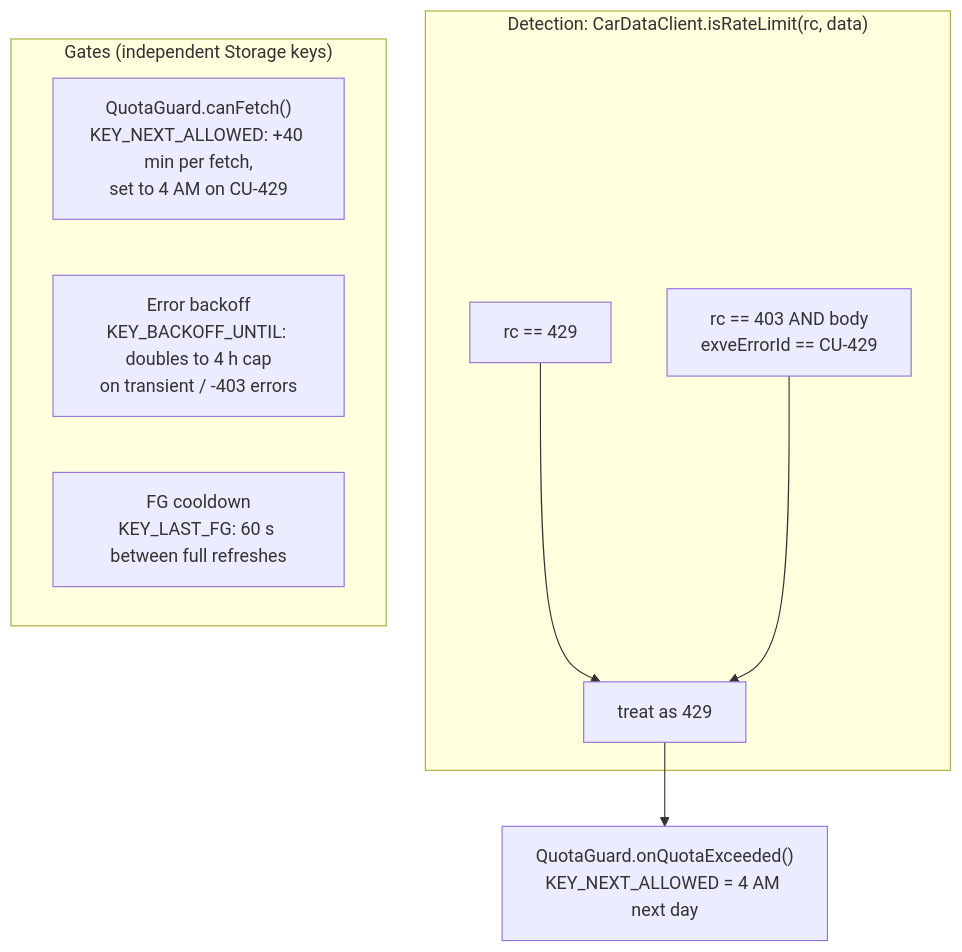
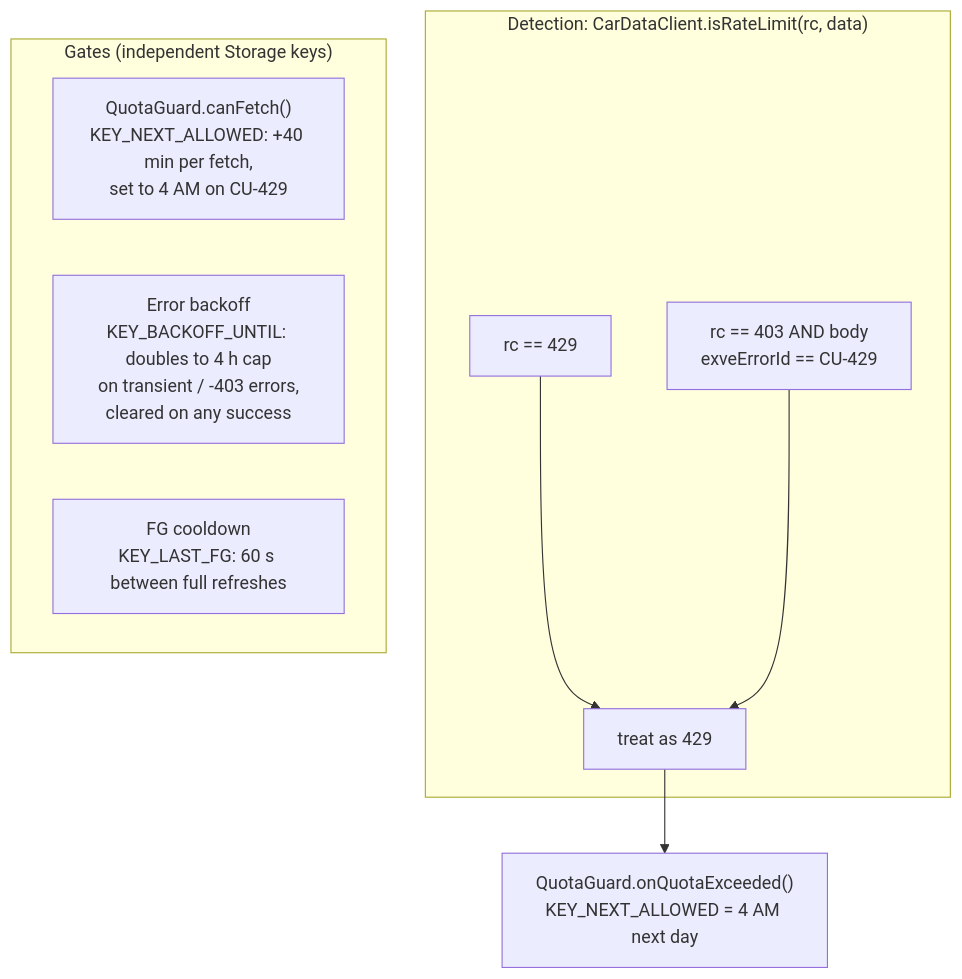
The eighth of 10 diagrams in docs/ARCHITECTURE.md (viper-sl/grm_bmw_widget), drawn with Mermaid before and after one commit. The commit also changed other lines of this file and 12 other files, not shown here.

````diff
--- a/docs/ARCHITECTURE.md
+++ b/docs/ARCHITECTURE.md
@@ -307,15 +343,15 @@
 ```mermaid
 flowchart TD
     subgraph detect["Detection: CarDataClient.isRateLimit(rc, data)"]
         D1["rc == 429"] --> HIT["treat as 429"]
         D2["rc == 403 AND body<br/>exveErrorId == CU-429"] --> HIT
     end
 
     HIT --> QE["QuotaGuard.onQuotaExceeded()<br/>KEY_NEXT_ALLOWED = 4 AM next day"]
 
     subgraph gates["Gates (independent Storage keys)"]
         G1["QuotaGuard.canFetch()<br/>KEY_NEXT_ALLOWED: +40 min per fetch,<br/>set to 4 AM on CU-429"]
-        G2["Error backoff<br/>KEY_BACKOFF_UNTIL: doubles to 4 h cap<br/>on transient / -403 errors"]
+        G2["Error backoff<br/>KEY_BACKOFF_UNTIL: doubles to 4 h cap<br/>on transient / -403 errors,<br/>cleared on any success"]
         G3["FG cooldown<br/>KEY_LAST_FG: 60 s between full refreshes"]
     end
 ```
````
